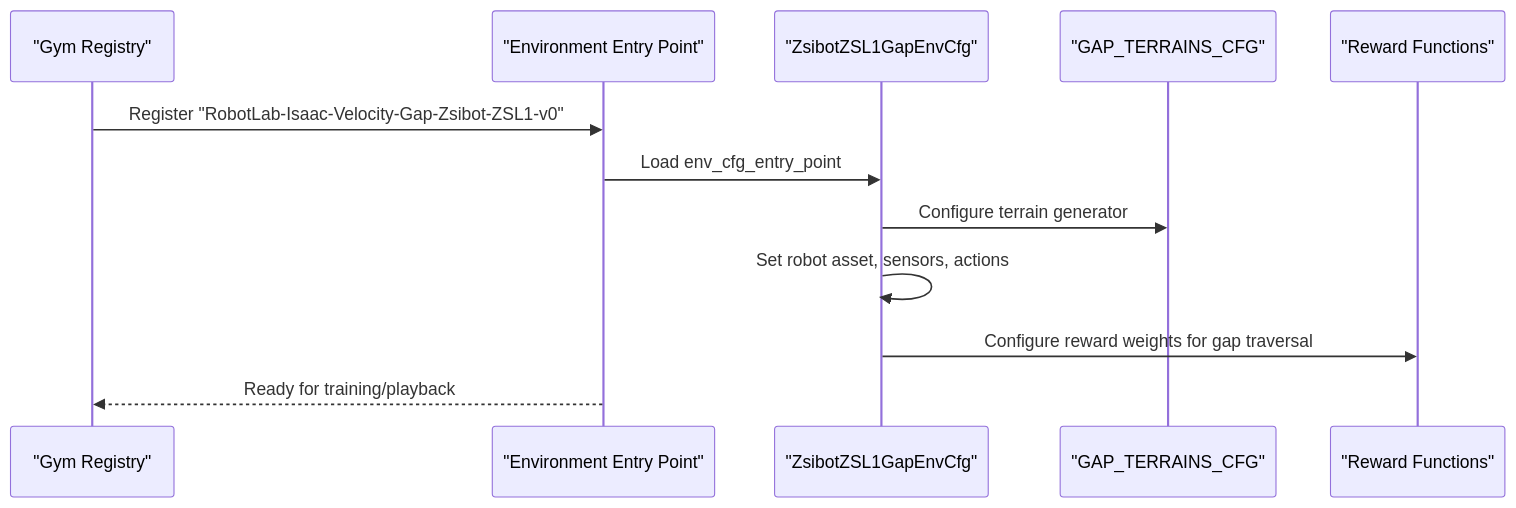
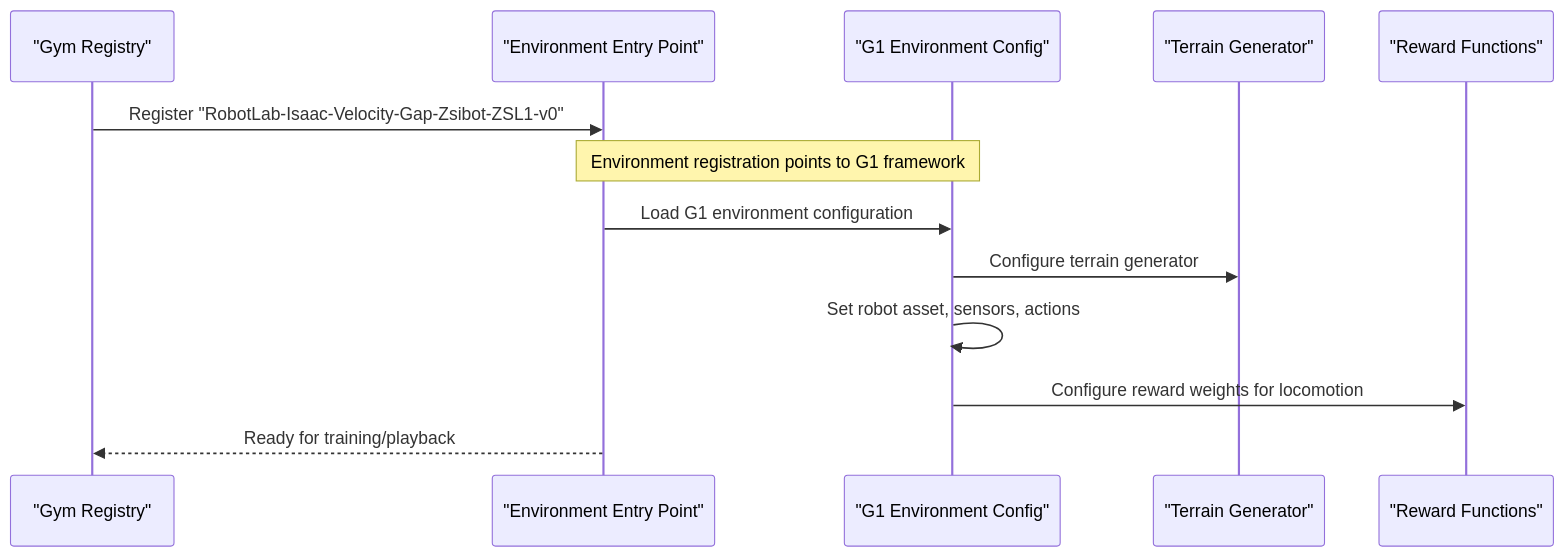
The second of 6 diagrams in .qoder/repowiki/en/content/Task Configuration Framework/Velocity-Based Locomotion Tasks/Gap Traversal Capabilities.md (jayjayhust/robot_lab), drawn with Mermaid before and after one commit. The commit also changed other lines of this file and 14 other files, not shown here.

````diff
--- a/.qoder/repowiki/en/content/Task Configuration Framework/Velocity-Based Locomotion Tasks/Gap Traversal Capabilities.md
+++ b/.qoder/repowiki/en/content/Task Configuration Framework/Velocity-Based Locomotion Tasks/Gap Traversal Capabilities.md
@@ -82,14 +95,15 @@
 ```mermaid
 sequenceDiagram
 participant Gym as "Gym Registry"
 participant EnvEntry as "Environment Entry Point"
-participant EnvCfg as "ZsibotZSL1GapEnvCfg"
-participant TerrainGen as "GAP_TERRAINS_CFG"
+participant G1Env as "G1 Environment Config"
+participant TerrainGen as "Terrain Generator"
 participant Rewards as "Reward Functions"
 Gym->>EnvEntry : Register "RobotLab-Isaac-Velocity-Gap-Zsibot-ZSL1-v0"
-EnvEntry->>EnvCfg : Load env_cfg_entry_point
-EnvCfg->>TerrainGen : Configure terrain generator
-EnvCfg->>EnvCfg : Set robot asset, sensors, actions
-EnvCfg->>Rewards : Configure reward weights for gap traversal
+Note over EnvEntry,G1Env : Environment registration points to G1 framework
+EnvEntry->>G1Env : Load G1 environment configuration
+G1Env->>TerrainGen : Configure terrain generator
+G1Env->>G1Env : Set robot asset, sensors, actions
+G1Env->>Rewards : Configure reward weights for locomotion
 EnvEntry-->>Gym : Ready for training/playback
 ```
````
